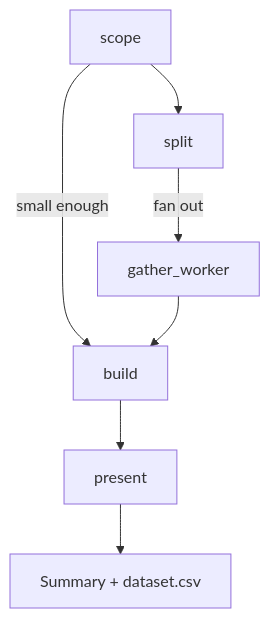
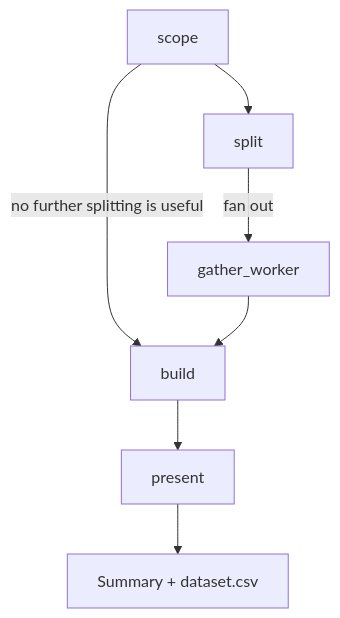
Before and after one commit to GEMISIS/leviath: the third of 7 diagrams in docs/content/agent-catalog.md, drawn with Mermaid. The commit also changed other lines of this file and 4 other files, not shown here.

````diff
--- a/docs/content/agent-catalog.md
+++ b/docs/content/agent-catalog.md
@@ -107,9 +108,9 @@
 ```mermaid
 flowchart TD
     scope --> split
-    scope -->|small enough| build
+    scope -->|no further splitting is useful| build
     split -->|fan out| gather_worker
     gather_worker --> build
     build --> present
     present --> done["Summary + dataset.csv"]
 ```
````
